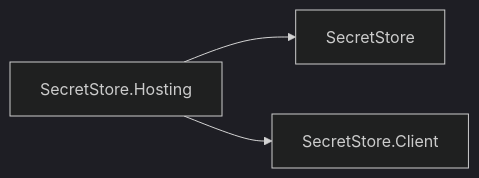
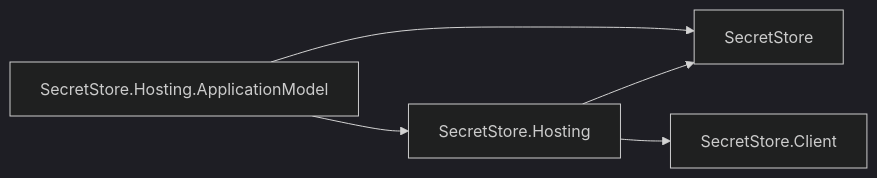
One commit to assimalign/cohesion changed diagram 26 of 27 in docs/DEPENDENCIES.md. Above: the diagram before and after it, drawn with Mermaid (dark theme). The commit also changed other lines of this file and 454 other files, not shown here.

First line of the commit message:
feat(resources): give every resource area a Hosting.ApplicationModel integration

````diff
--- a/docs/DEPENDENCIES.md
+++ b/docs/DEPENDENCIES.md
@@ -918,8 +973,11 @@
 ```mermaid
 flowchart LR
     N0["SecretStore"]
     N1["SecretStore.Client"]
     N2["SecretStore.Hosting"]
+    N3["SecretStore.Hosting.ApplicationModel"]
     N2 --> N0
     N2 --> N1
+    N3 --> N0
+    N3 --> N2
 ```
````
